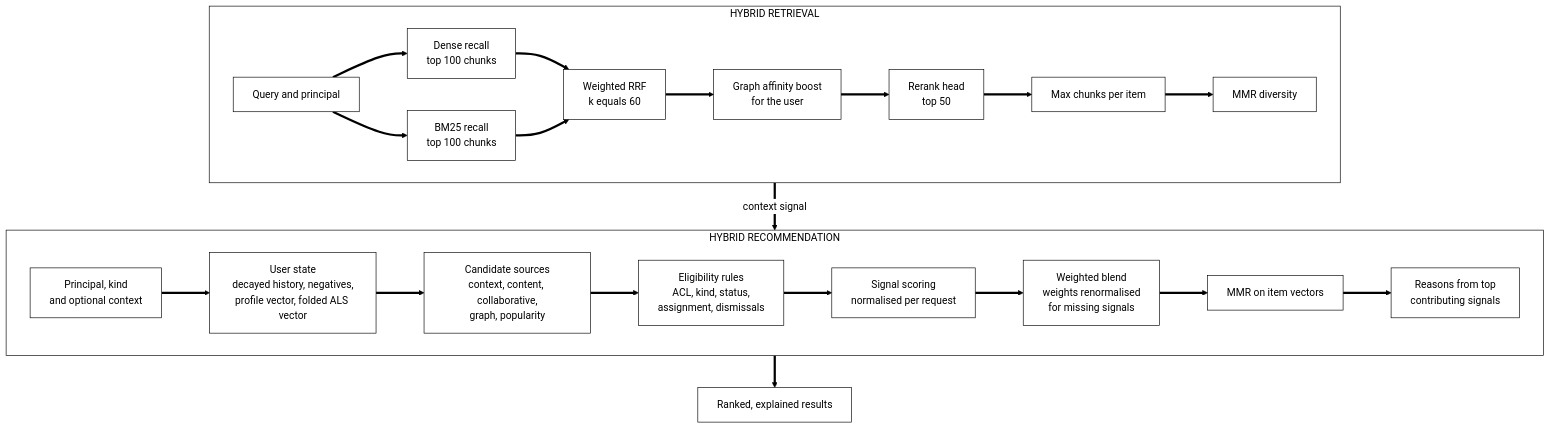
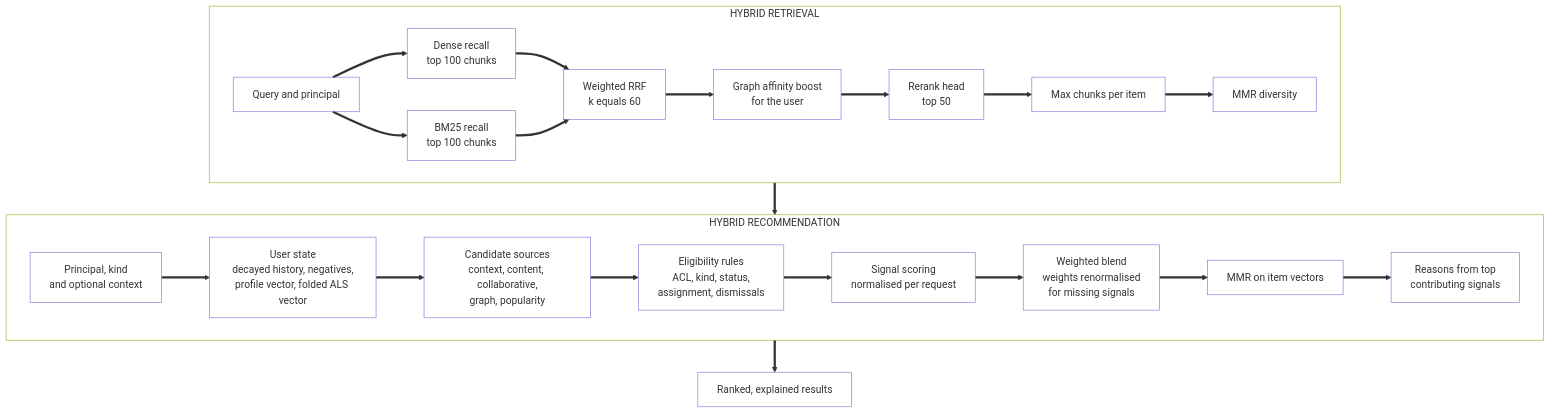
Before and after one commit to ANTHONY-CHINEDU-ECHEM/Vantix-AI: the third of 4 diagrams in README.md, drawn with Mermaid. The commit also changed other lines of this file, not shown here.

````diff
--- a/README.md
+++ b/README.md
@@ -199,29 +209,32 @@
 ```mermaid
-%%{init: {"theme": "base", "themeVariables": {"primaryColor": "#ffffff", "primaryTextColor": "#000000", "primaryBorderColor": "#000000", "secondaryColor": "#ffffff", "tertiaryColor": "#ffffff", "lineColor": "#000000", "clusterBkg": "#ffffff", "clusterBorder": "#000000", "edgeLabelBackground": "#ffffff", "background": "#ffffff", "mainBkg": "#ffffff", "nodeBorder": "#000000", "fontFamily": "Helvetica, Arial"}}}%%
 flowchart TB
     subgraph RETRIEVAL["HYBRID RETRIEVAL"]
         direction LR
         Q["Query and principal"] ==> DR["Dense recall<br/>top 100 chunks"]
         Q ==> LR2["BM25 recall<br/>top 100 chunks"]
         DR ==> RRF["Weighted RRF<br/>k equals 60"]
         LR2 ==> RRF
         RRF ==> AFF["Graph affinity boost<br/>for the user"]
         AFF ==> RR["Rerank head<br/>top 50"]
         RR ==> CAP["Max chunks per item"]
         CAP ==> MMRR["MMR diversity"]
     end
 
     subgraph RECOMMEND["HYBRID RECOMMENDATION"]
         direction LR
         CTX["Principal, kind<br/>and optional context"] ==> STATE["User state<br/>decayed history, negatives,<br/>profile vector, folded ALS vector"]
         STATE ==> CAND["Candidate sources<br/>context, content, collaborative,<br/>graph, popularity"]
         CAND ==> ELIG["Eligibility rules<br/>ACL, kind, status,<br/>assignment, dismissals"]
         ELIG ==> SIG["Signal scoring<br/>normalised per request"]
         SIG ==> BLENDING["Weighted blend<br/>weights renormalised<br/>for missing signals"]
         BLENDING ==> DIV["MMR on item vectors"]
         DIV ==> WHY["Reasons from top<br/>contributing signals"]
     end
 
-    MMRR ==>|"context signal"| CAND
+    MMRR ==> CAND
     WHY ==> OUT["Ranked, explained results"]
+
+    classDef default fill:none
+    style RETRIEVAL fill:none
+    style RECOMMEND fill:none
 ```
````
